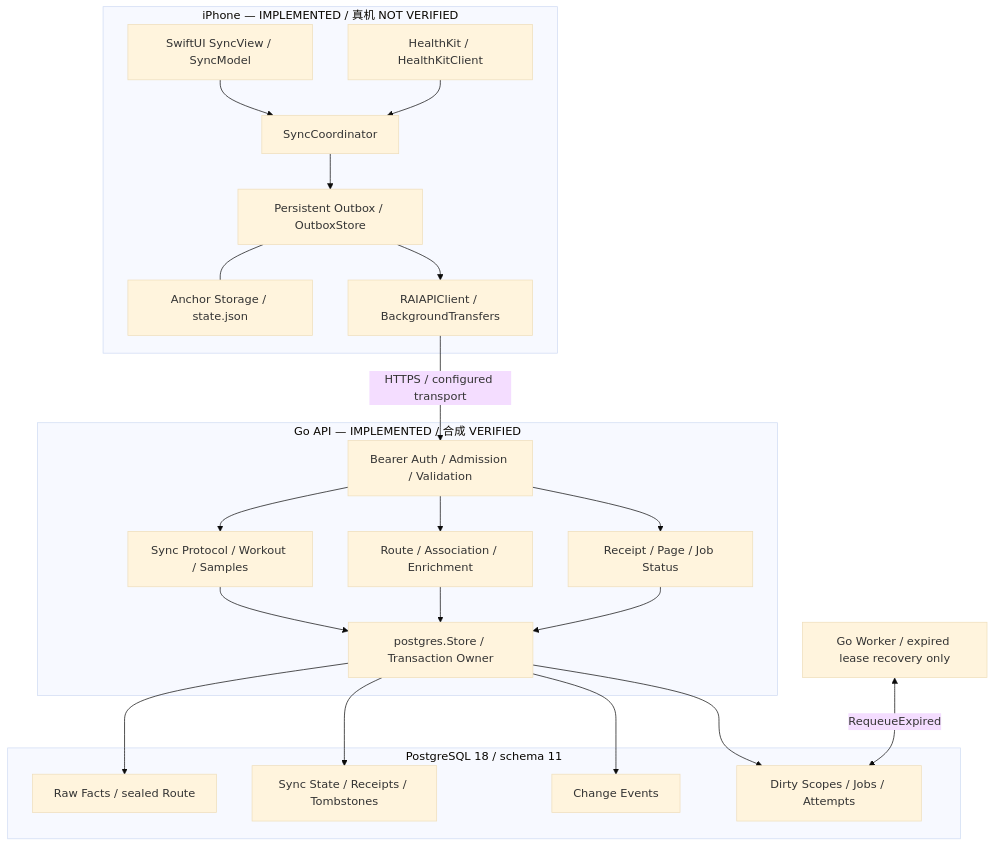
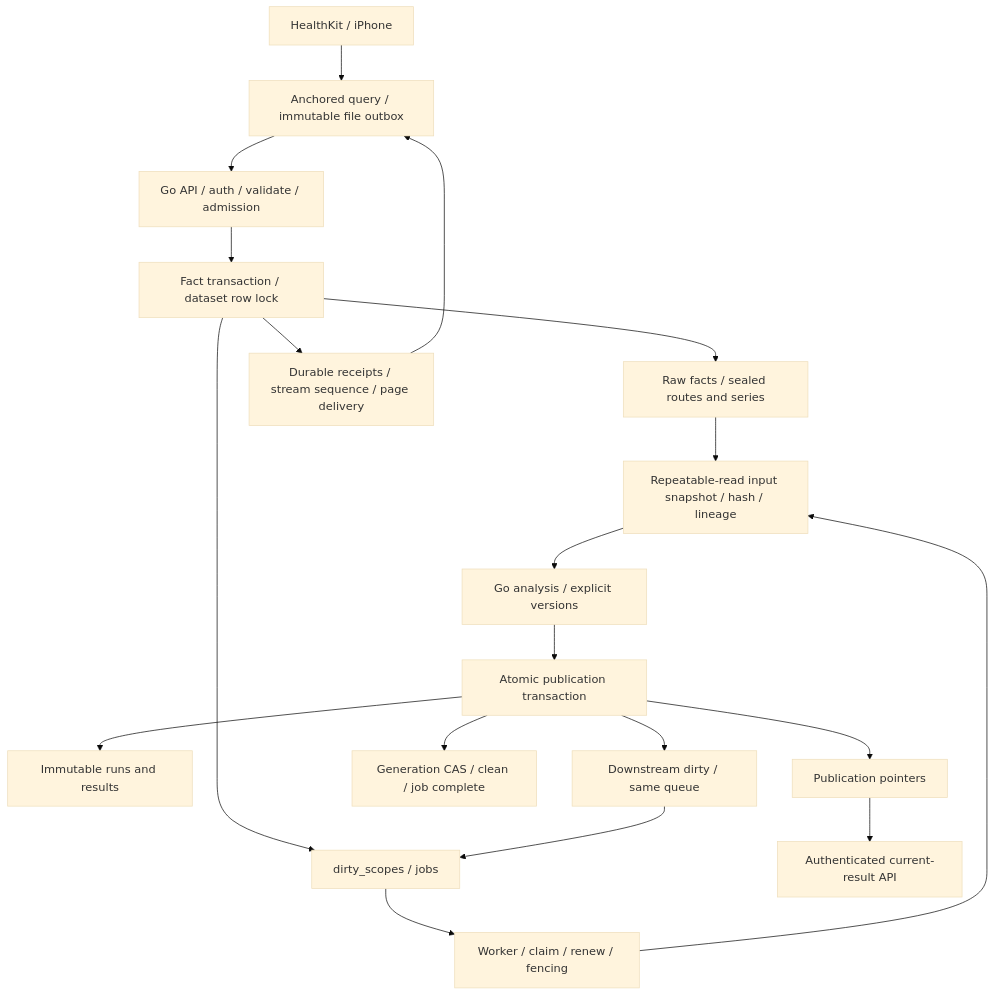
The diagram in docs/ARCHITECTURE.md (BlacnkCat0811/RAI), drawn with Mermaid (base theme) before and after one commit. The commit also changed other lines of this file and 66 other files, not shown here.

````diff
--- a/docs/ARCHITECTURE.md
+++ b/docs/ARCHITECTURE.md
@@ -57,42 +17,21 @@
 ```mermaid
 flowchart TB
-    subgraph Phone["iPhone — IMPLEMENTED / 真机 NOT VERIFIED"]
-        UI[SwiftUI SyncView / SyncModel]
-        HK[HealthKit / HealthKitClient]
-        SC[SyncCoordinator]
-        OB[Persistent Outbox / OutboxStore]
-        AN[Anchor Storage / state.json]
-        CL[RAIAPIClient / BackgroundTransfers]
-        UI --> SC
-        HK --> SC
-        SC --> OB
-        OB --- AN
-        OB --> CL
-    end
-    subgraph API["Go API — IMPLEMENTED / 合成 VERIFIED"]
-        AUTH[Bearer Auth / Admission / Validation]
-        SYNC[Sync Protocol / Workout / Samples]
-        ROUTE[Route / Association / Enrichment]
-        REC[Receipt / Page / Job Status]
-        ST[postgres.Store / Transaction Owner]
-        AUTH --> SYNC
-        AUTH --> ROUTE
-        AUTH --> REC
-        SYNC --> ST
-        ROUTE --> ST
-        REC --> ST
-    end
-    CL -->|HTTPS / configured transport| AUTH
-    subgraph PG["PostgreSQL 18 / schema 11"]
-        RAW[Raw Facts / sealed Route]
-        SS[Sync State / Receipts / Tombstones]
-        CE[Change Events]
-        DS[Dirty Scopes / Jobs / Attempts]
-    end
-    ST --> RAW
-    ST --> SS
-    ST --> CE
-    ST --> DS
-    WK[Go Worker / expired lease recovery only]
-    WK <-->|RequeueExpired| DS
+    HK[HealthKit / iPhone] --> OB[Anchored query / immutable file outbox]
+    OB --> API[Go API / auth / validate / admission]
+    API --> TX[Fact transaction / dataset row lock]
+    TX --> RAW[Raw facts / sealed routes and series]
+    TX --> ACK[Durable receipts / stream sequence / page delivery]
+    TX --> DIRTY[dirty_scopes / jobs]
+    ACK --> OB
+    DIRTY --> WORK[Worker / claim / renew / fencing]
+    RAW --> SNAP[Repeatable-read input snapshot / hash / lineage]
+    WORK --> SNAP
+    SNAP --> PURE[Go analysis / explicit versions]
+    PURE --> PUB[Atomic publication transaction]
+    PUB --> HIST[Immutable runs and results]
+    PUB --> CUR[Publication pointers]
+    PUB --> CLEAN[Generation CAS / clean / job complete]
+    PUB --> DEP[Downstream dirty / same queue]
+    DEP --> DIRTY
+    CUR --> QUERY[Authenticated current-result API]
 ```
````
